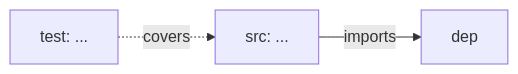
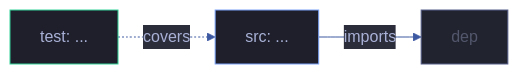
The third of 3 diagrams in templates/故事任务/场景-2-<slug>.md (effiy/YrY), drawn with Mermaid before and after one commit. The commit also changed other lines of this file and 11 other files, not shown here.

````diff
--- a/templates/故事任务/场景-2-<slug>.md
+++ b/templates/故事任务/场景-2-<slug>.md
@@ -190,7 +216,19 @@
 ```mermaid
+%%{init: {'theme': 'base', 'themeVariables': {
+  'primaryColor': '#1e1f2b',
+  'primaryTextColor': '#a9b1d6',
+  'primaryBorderColor': '#3d59a1',
+  'lineColor': '#3d59a1',
+  'secondaryColor': '#2b2d3b',
+  'tertiaryColor': '#21232f'
+}}}%%
 flowchart LR
     D1["src: ..."]:::src
     T1["test: ..."]:::test
     D1 -->|"imports"| DEP["dep"]:::ext
     T1 -.->|"covers"| D1
+
+    classDef src fill:#1e1f2b,stroke:#7aa2f7,color:#a9b1d6
+    classDef test fill:#1e1f2b,stroke:#34d399,color:#a9b1d6
+    classDef ext fill:#21232f,stroke:#565f89,color:#53576c
 ```
````
